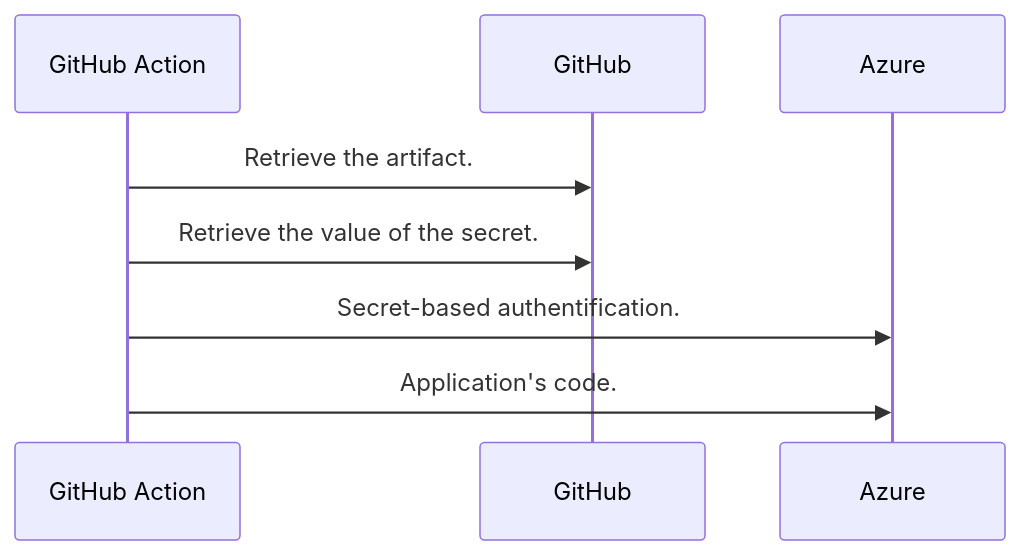
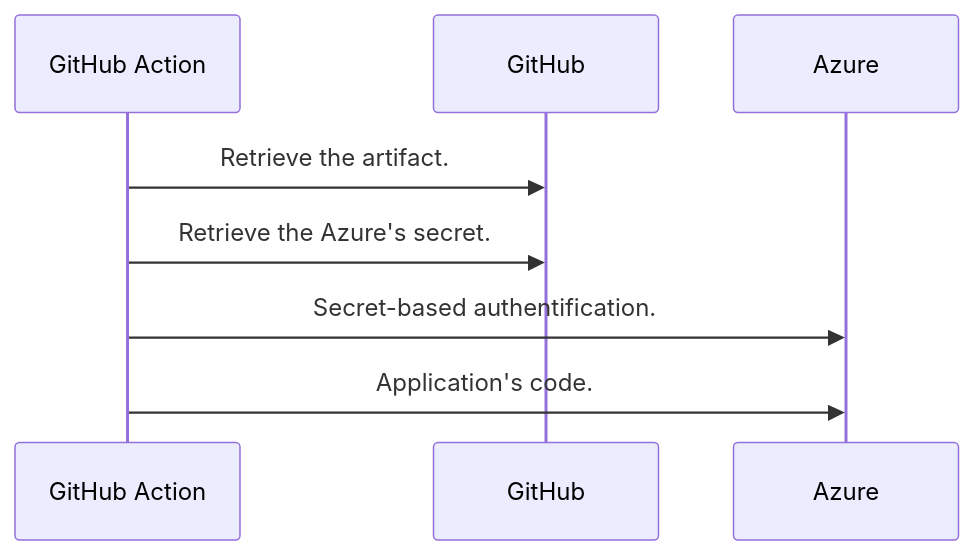
One commit to florian-vuillemot/florian-vuillemot.github.io changed the third of 4 diagrams in _posts/2023-12-01-azure-function-python-ml-part-2.markdown. Above: the diagram before and after it, drawn with Mermaid. The commit also changed other lines of this file, not shown here.

```diff
--- a/_posts/2023-12-01-azure-function-python-ml-part-2.markdown
+++ b/_posts/2023-12-01-azure-function-python-ml-part-2.markdown
@@ -57,11 +57,11 @@
 <pre class="mermaid">
 sequenceDiagram
     participant GitHub Action
     participant GitHub
     participant Azure
 
     GitHub Action->>GitHub: Retrieve the artifact.
-    GitHub Action->>GitHub: Retrieve the value of the secret.
+    GitHub Action->>GitHub: Retrieve the Azure's secret.
     GitHub Action->>Azure: Secret-based authentification.
     GitHub Action->>Azure: Application's code.
 </pre>
```
